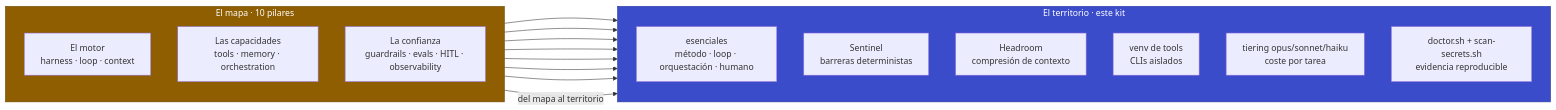
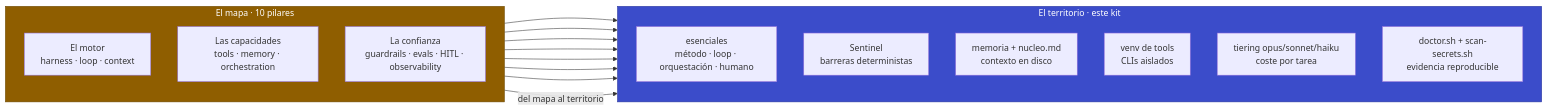
The diagram in kit/docs/01-overview.md (manuelcozar55/setup-claude-code), drawn with Mermaid before and after one commit. The commit also changed other lines of this file and 29 other files, not shown here.

````diff
--- a/kit/docs/01-overview.md
+++ b/kit/docs/01-overview.md
@@ -46,30 +46,30 @@
 ```mermaid
 flowchart LR
     subgraph MAPA["El mapa · 10 pilares"]
         direction TB
         M["El motor<br/>harness · loop · context"]
         C["Las capacidades<br/>tools · memory · orchestration"]
         T["La confianza<br/>guardrails · evals · HITL · observability"]
     end
     subgraph TERR["El territorio · este kit"]
         direction TB
         SP["esenciales<br/>método · loop · orquestación · humano"]
         SE["Sentinel<br/>barreras deterministas"]
-        HR["Headroom<br/>compresión de contexto"]
+        HR["memoria + nucleo.md<br/>contexto en disco"]
         VE["venv de tools<br/>CLIs aislados"]
         TI["tiering opus/sonnet/haiku<br/>coste por tarea"]
         DR["doctor.sh + scan-secrets.sh<br/>evidencia reproducible"]
     end
     M --> SP
     M --> HR
     M --> VE
     C --> SP
     C --> TI
     T --> SE
     T --> DR
     MAPA -->|"del mapa al territorio"| TERR
     classDef mapa fill:#8F5E00,stroke:#6B4600,color:#FFFFFF
     classDef terr fill:#3B4CCA,stroke:#2A379B,color:#FFFFFF
     class MAPA mapa
     class TERR terr
 ```
````
